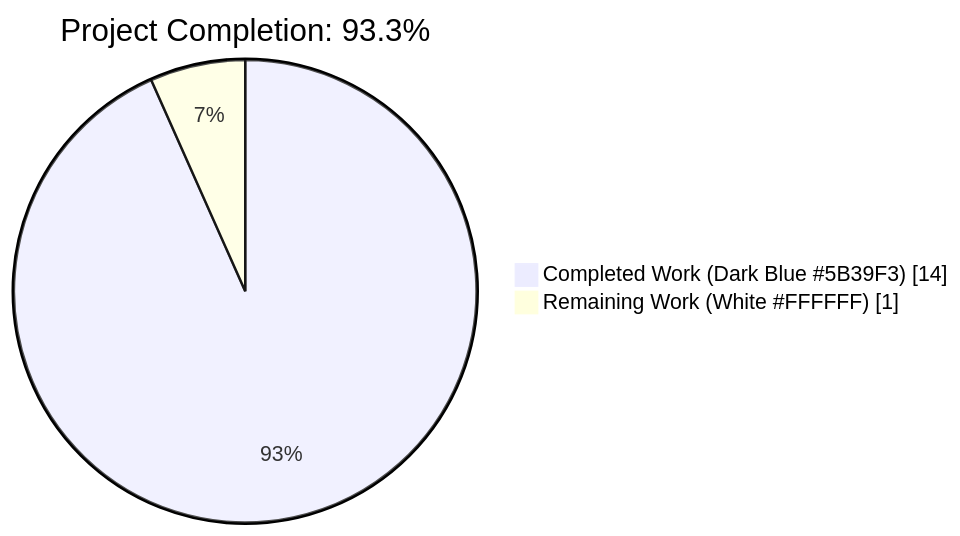
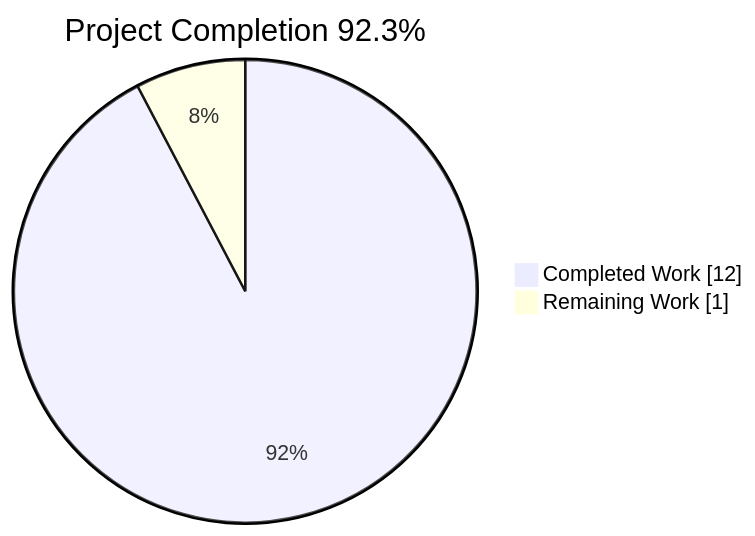
One commit to shaliniblitzy/20April_- changed the first of 5 diagrams in blitzy/documentation/Project Guide.md. Above: the diagram before and after it, drawn with Mermaid. The commit also changed other lines of this file, not shown here.

Commit message:
Adding Blitzy Project Guide: Project Status and Human Tasks Remaining

````diff
--- a/blitzy/documentation/Project Guide.md
+++ b/blitzy/documentation/Project Guide.md
@@ -13,5 +18,5 @@
 ```mermaid
-pie showData title Project Completion: 93.3%
-    "Completed Work (Dark Blue #5B39F3)" : 14
-    "Remaining Work (White #FFFFFF)" : 1
+pie showData title Project Completion 92.3%
+    "Completed Work" : 12
+    "Remaining Work" : 1
 ```
````
